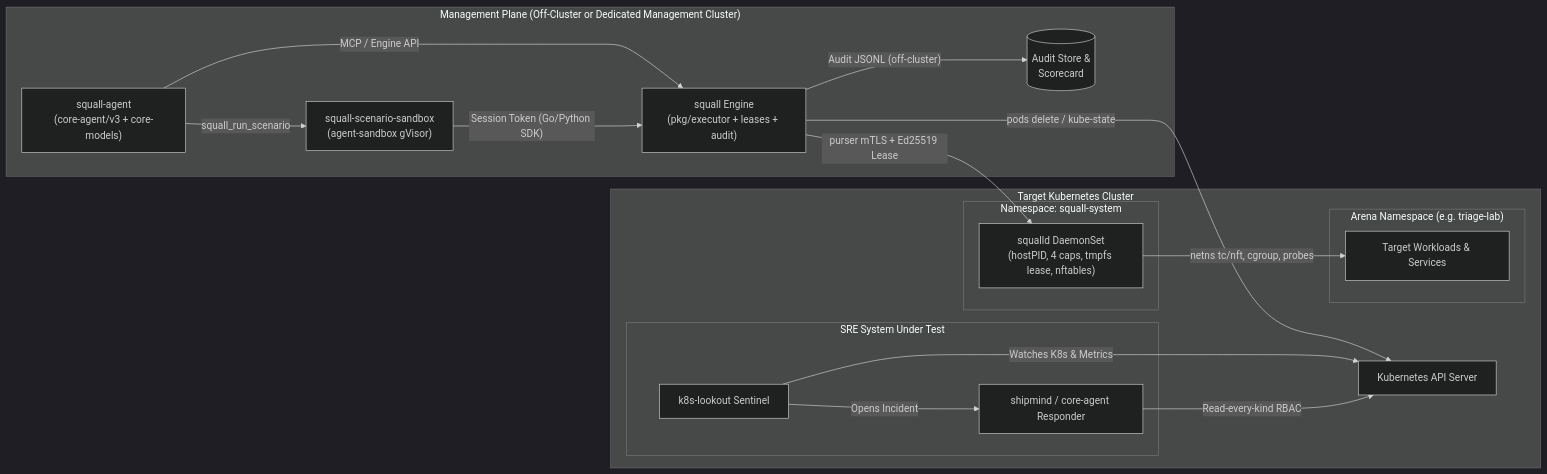
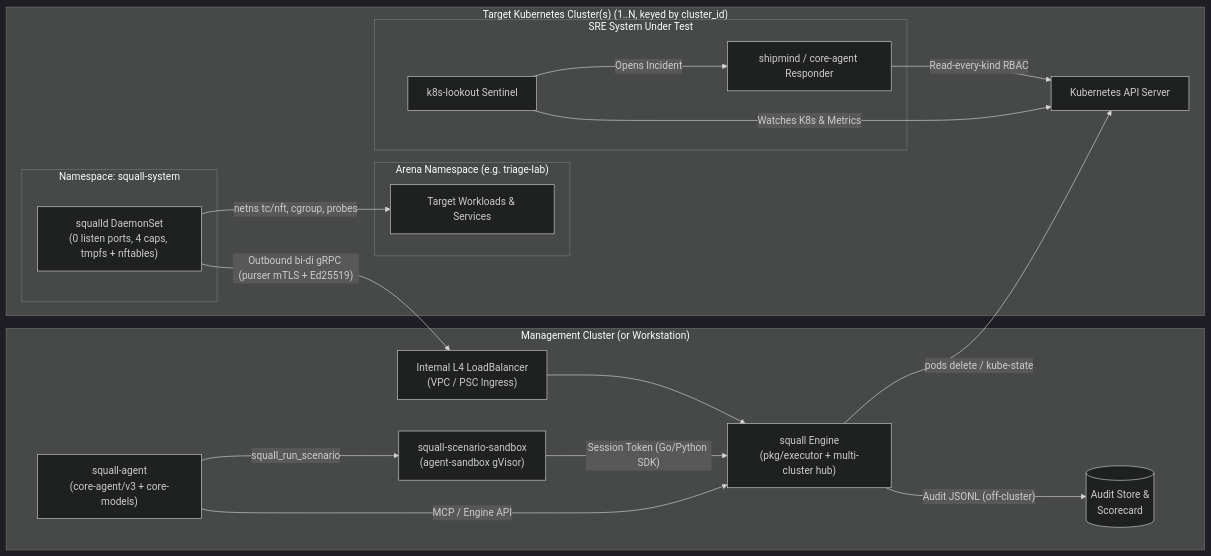
One commit to go-steer/squall changed the diagram in docs/DESIGN.md. Above: the diagram before and after it, drawn with Mermaid (dark theme). The commit also changed other lines of this file and 2 other files, not shown here.

First line of the commit message:
docs: switch squalld to outbound gRPC streams and multi-cluster hub

````diff
--- a/docs/DESIGN.md
+++ b/docs/DESIGN.md
@@ -123,34 +123,36 @@
 ```mermaid
 flowchart LR
-  subgraph Control["Management Plane (Off-Cluster or Dedicated Management Cluster)"]
+  subgraph Control["Management Cluster (or Workstation)"]
     Agent["squall-agent<br/>(core-agent/v3 + core-models)"]
     Sandbox["squall-scenario-sandbox<br/>(agent-sandbox gVisor)"]
-    Engine["squall Engine<br/>(pkg/executor + leases + audit)"]
+    Engine["squall Engine<br/>(pkg/executor + multi-cluster hub)"]
+    ILB["Internal L4 LoadBalancer<br/>(VPC / PSC Ingress)"]
     Audit[("Audit Store &<br/>Scorecard")]
   end
 
-  subgraph Target["Target Kubernetes Cluster"]
+  subgraph Target["Target Kubernetes Cluster(s) (1..N, keyed by cluster_id)"]
     APIServer["Kubernetes API Server"]
     subgraph SquallSys["Namespace: squall-system"]
-      Squalld["squalld DaemonSet<br/>(hostPID, 4 caps, tmpfs lease, nftables)"]
+      Squalld["squalld DaemonSet<br/>(0 listen ports, 4 caps, tmpfs + nftables)"]
     end
     subgraph Arena["Arena Namespace (e.g. triage-lab)"]
       Workloads["Target Workloads & Services"]
     end
     subgraph SUT["SRE System Under Test"]
       Lookout["k8s-lookout Sentinel"]
       SRE["shipmind / core-agent Responder"]
     end
   end
 
   Agent -->|"MCP / Engine API"| Engine
   Agent -->|"squall_run_scenario"| Sandbox
   Sandbox -->|"Session Token (Go/Python SDK)"| Engine
+  ILB --> Engine
   Engine -->|"Audit JSONL (off-cluster)"| Audit
   Engine -->|"pods delete / kube-state"| APIServer
-  Engine -->|"purser mTLS + Ed25519 Lease"| Squalld
+  Squalld -->|"Outbound bi-di gRPC (purser mTLS + Ed25519)"| ILB
   Squalld -->|"netns tc/nft, cgroup, probes"| Workloads
   Lookout -->|"Watches K8s & Metrics"| APIServer
   Lookout -->|"Opens Incident"| SRE
   SRE -->|"Read-every-kind RBAC"| APIServer
 ```
````
